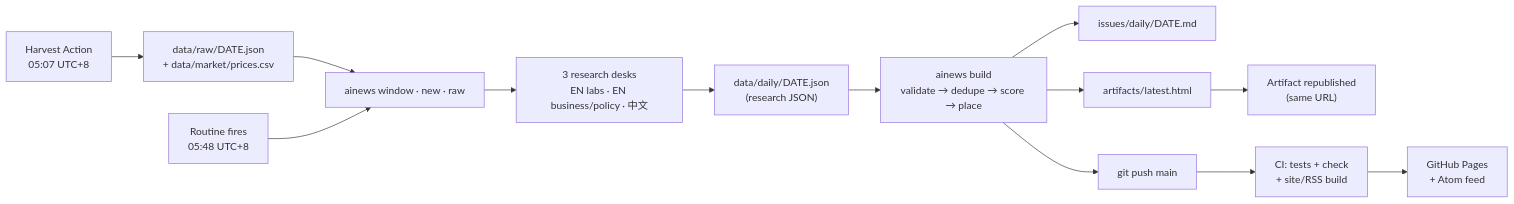
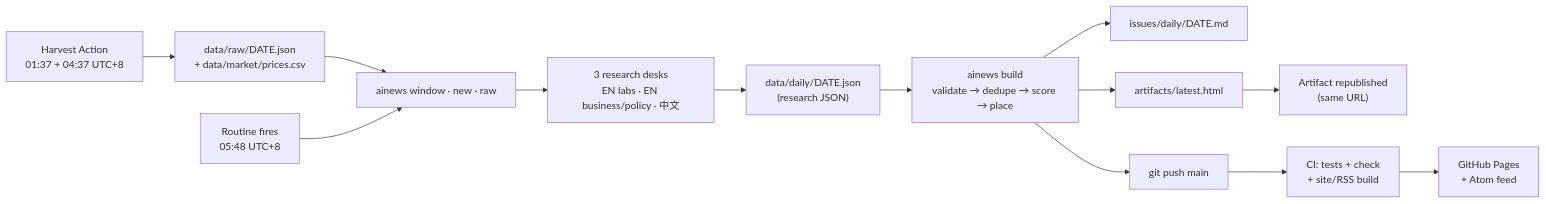
One commit to leevvyy/ai-news changed the diagram in README.md. Above: the diagram before and after it, drawn with Mermaid. The commit also changed 4 other files, not shown here.

````diff
--- a/README.md
+++ b/README.md
@@ -26,15 +26,15 @@
 ```mermaid
 flowchart LR
-    HV["Harvest Action<br/>05:07 UTC+8"] --> RAW["data/raw/DATE.json<br/>+ data/market/prices.csv"]
+    HV["Harvest Action<br/>01:37 + 04:37 UTC+8"] --> RAW["data/raw/DATE.json<br/>+ data/market/prices.csv"]
     RAW --> W
     R["Routine fires<br/>05:48 UTC+8"] --> W["ainews window · new · raw"]
     W --> S["3 research desks<br/>EN labs · EN business/policy · 中文"]
     S --> J["data/daily/DATE.json<br/>(research JSON)"]
     J --> B["ainews build<br/>validate → dedupe → score → place"]
     B --> MD["issues/daily/DATE.md"]
     B --> H["artifacts/latest.html"]
     H --> A["Artifact republished<br/>(same URL)"]
     B --> G["git push main"]
     G --> CI["CI: tests + check<br/>+ site/RSS build"]
     CI --> P["GitHub Pages<br/>+ Atom feed"]
 ```
````
